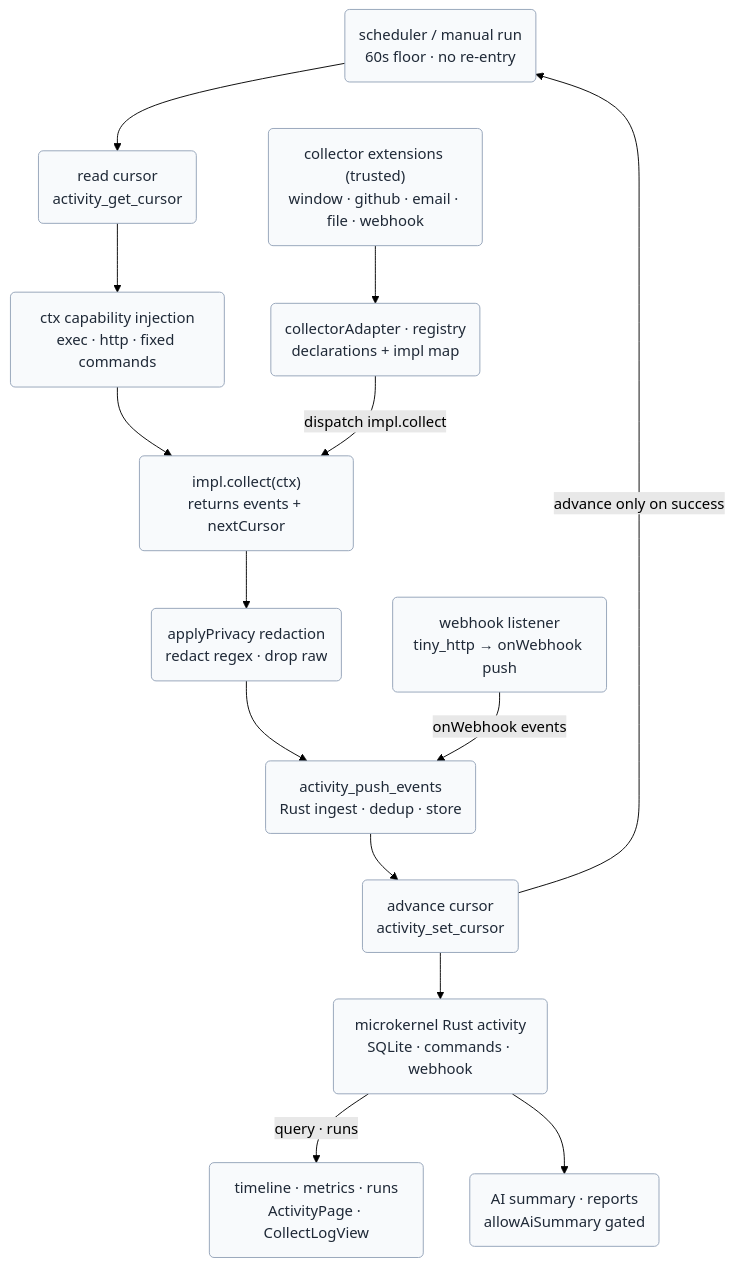
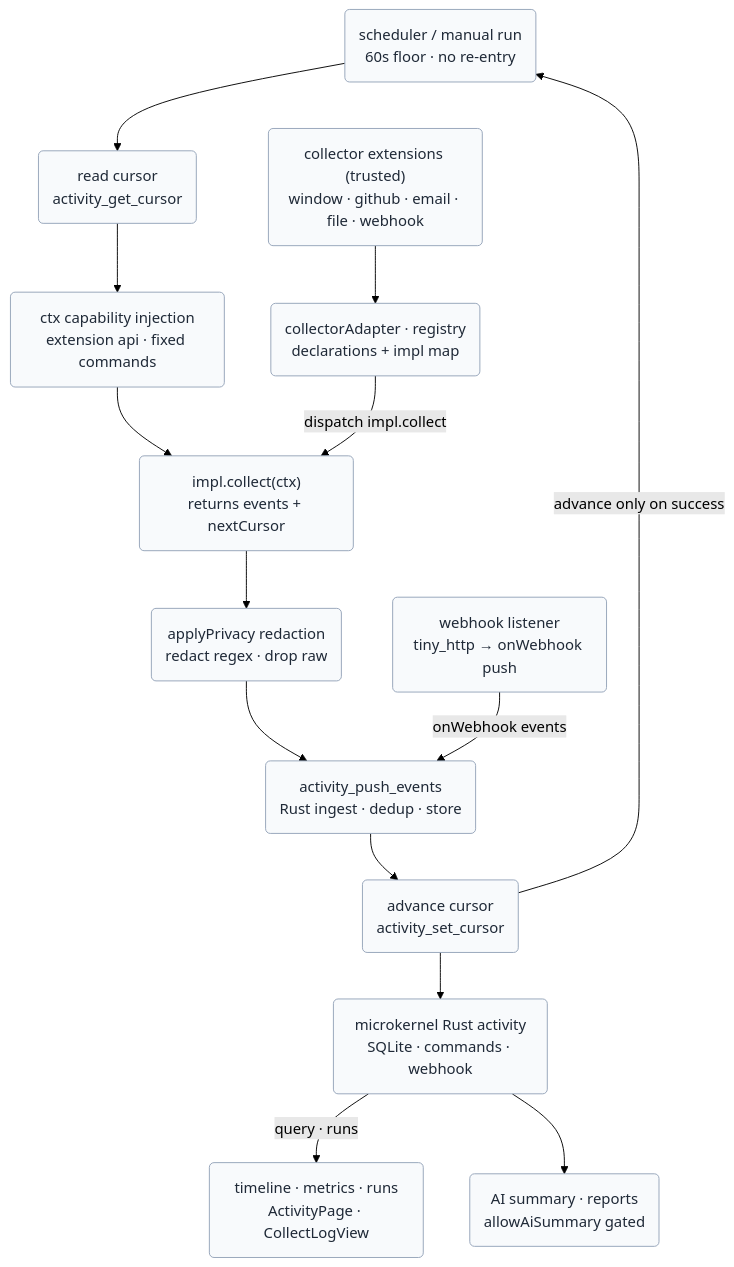
One commit to linyimin0812/folyn changed the diagram in docs/assets/diagrams/en/activity-collector.mmd. Above: the diagram before and after it, drawn with Mermaid (forest theme). The commit also changed 55 other files, not shown here.

```diff
--- a/docs/assets/diagrams/en/activity-collector.mmd
+++ b/docs/assets/diagrams/en/activity-collector.mmd
@@ -1,31 +1,31 @@
 %% Folyn activity collector principle and architecture: collect → redact → ingest → cursor-advance loop
 flowchart TD
     SCH("scheduler / manual run<br/>60s floor · no re-entry")
     CUR("read cursor<br/>activity_get_cursor")
-    CTX("ctx capability injection<br/>exec · http · fixed commands")
+    CTX("ctx capability injection<br/>extension api · fixed commands")
     COL("impl.collect(ctx)<br/>returns events + nextCursor")
     PRIV("applyPrivacy redaction<br/>redact regex · drop raw")
     ING("activity_push_events<br/>Rust ingest · dedup · store")
     SET("advance cursor<br/>activity_set_cursor")
 
     EXT("collector extensions (trusted)<br/>window · github · email · file · webhook")
     RG("collectorAdapter · registry<br/>declarations + impl map")
 
     WH("webhook listener<br/>tiny_http → onWebhook push")
 
     K("microkernel Rust activity<br/>SQLite · commands · webhook")
     TL("timeline · metrics · runs<br/>ActivityPage · CollectLogView")
     AI("AI summary · reports<br/>allowAiSummary gated")
 
     EXT --> RG
     SCH --> CUR --> CTX --> COL
     RG -->|"dispatch impl.collect"| COL
     COL --> PRIV --> ING
     WH -->|"onWebhook events"| ING
     ING --> SET --> K
     SET -->|"advance only on success"| SCH
     K -->|"query · runs"| TL
     K --> AI
 
     classDef base fill:#f8fafc,stroke:#94a3b8,color:#1f2937,stroke-width:1px;
     class SCH,CUR,CTX,COL,PRIV,ING,SET,EXT,RG,WH,K,TL,AI base;
```
